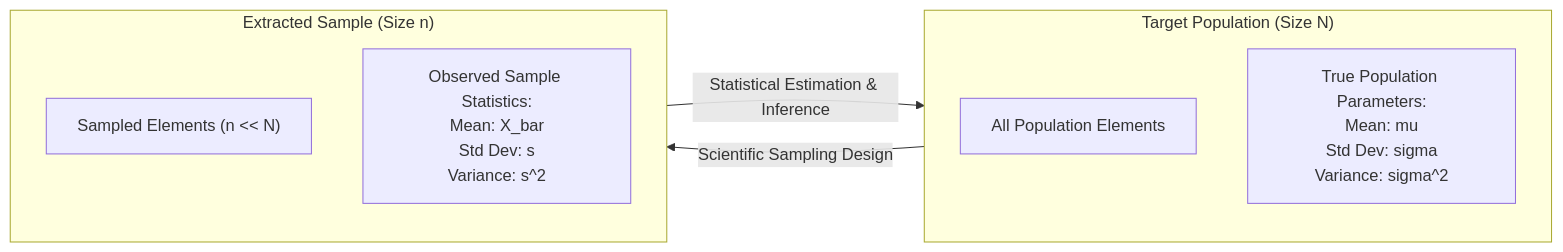
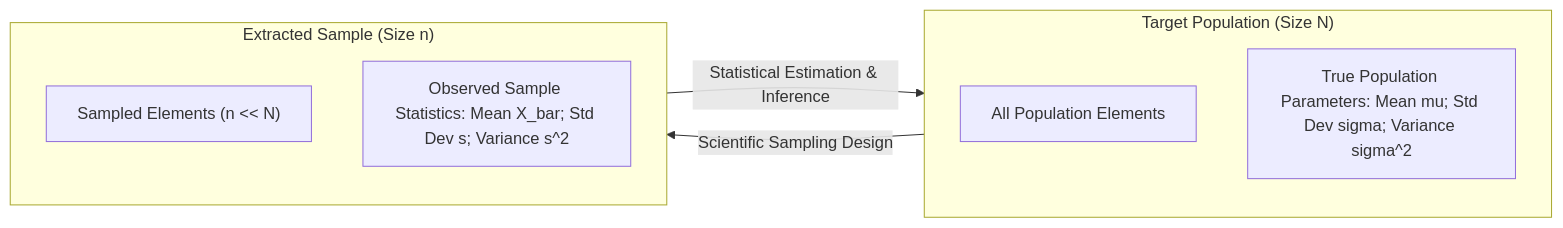
One commit to DeepLumiere/DeepSkills changed the fifth of 21 diagrams in notes/data_analysis/Unit_4_notes.md. Above: the diagram before and after it, drawn with Mermaid. The commit also changed other lines of this file and 56 other files, not shown here.

````diff
--- a/notes/data_analysis/Unit_4_notes.md
+++ b/notes/data_analysis/Unit_4_notes.md
@@ -349,18 +349,18 @@
 ```mermaid
 flowchart LR
     subgraph Pop_Universe ["Target Population (Size N)"]
         direction TB
         P_EL["All Population Elements"]
-        P_PAR["True Population Parameters:<br/>Mean: mu<br/>Std Dev: sigma<br/>Variance: sigma^2"]
+        P_PAR["True Population Parameters: Mean mu; Std Dev sigma; Variance sigma^2"]
     end
 
     Pop_Universe -- "Scientific Sampling Design" --> Sub_Sample
 
     subgraph Sub_Sample ["Extracted Sample (Size n)"]
         direction TB
         S_EL["Sampled Elements (n << N)"]
-        S_STAT["Observed Sample Statistics:<br/>Mean: X_bar<br/>Std Dev: s<br/>Variance: s^2"]
+        S_STAT["Observed Sample Statistics: Mean X_bar; Std Dev s; Variance s^2"]
     end
 
     Sub_Sample -- "Statistical Estimation & Inference" --> Pop_Universe
 ```
````
